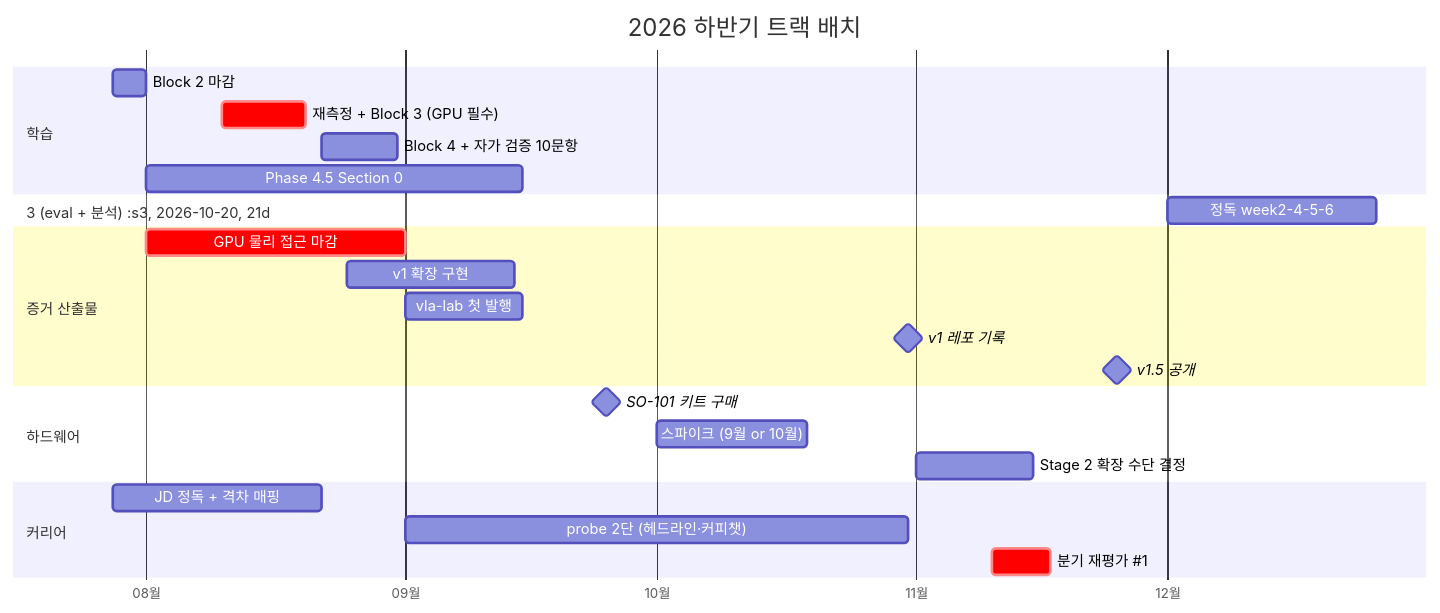
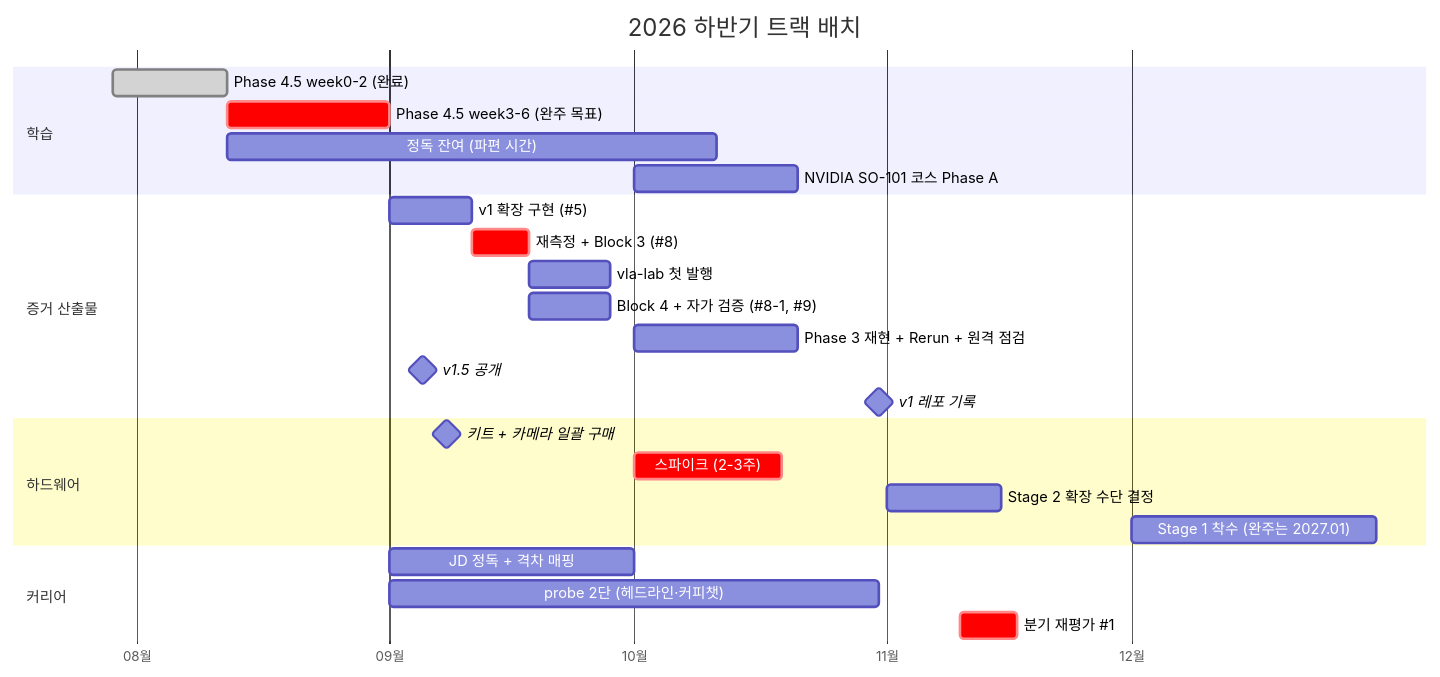
Before and after one commit to tylee-yeonge/physical-ai-study: the diagram in docs/superpowers/plans/2026-07-28-year-end-execution-guide.md, drawn with Mermaid. The commit also changed other lines of this file and 1 other file, not shown here.

````diff
--- a/docs/superpowers/plans/2026-07-28-year-end-execution-guide.md
+++ b/docs/superpowers/plans/2026-07-28-year-end-execution-guide.md
@@ -153,29 +122,28 @@
 ```mermaid
 gantt
     title 2026 하반기 트랙 배치
     dateFormat YYYY-MM-DD
     axisFormat %m월
     section 학습
-    Block 2 마감 :b2, 2026-07-28, 4d
-    재측정 + Block 3 (GPU 필수) :crit, b3, 2026-08-10, 10d
-    Block 4 + 자가 검증 10문항 :b4q, 2026-08-22, 9d
-    Phase 4.5 Section 0 :s0, 2026-08-01, 45d
-    Section 1 (sim 데이터) :s1, 2026-09-15, 14d
-    Section 2 (LoRA 학습) :s2, 2026-09-29, 21d
-    Section 3 (eval + 분석) :s3, 2026-10-20, 21d
-    정독 week2-4-5-6 :read, 2026-12-01, 25d
+    Phase 4.5 week0-2 (완료) :done, s01, 2026-07-29, 14d
+    Phase 4.5 week3-6 (완주 목표) :crit, s36, 2026-08-12, 20d
+    정독 잔여 (파편 시간) :read, 2026-08-12, 60d
+    NVIDIA SO-101 코스 Phase A :course, 2026-10-01, 20d
     section 증거 산출물
-    GPU 물리 접근 마감 :crit, gpu, 2026-08-01, 31d
-    v1 확장 구현 :v1x, 2026-08-25, 20d
-    vla-lab 첫 발행 :pub, 2026-09-01, 14d
+    v1 확장 구현 (#5) :v1x, 2026-09-01, 10d
+    재측정 + Block 3 (#8) :crit, b3, 2026-09-11, 7d
+    vla-lab 첫 발행 :pub, 2026-09-18, 10d
+    Block 4 + 자가 검증 (#8-1, #9) :b4q, 2026-09-18, 10d
+    Phase 3 재현 + Rerun + 원격 점검 :evid, 2026-10-01, 20d
+    v1.5 공개 :milestone, m15, 2026-09-05, 0d
     v1 레포 기록 :milestone, m1, 2026-10-31, 0d
-    v1.5 공개 :milestone, m15, 2026-11-25, 0d
     section 하드웨어
-    SO-101 키트 구매 :milestone, order, 2026-09-25, 0d
-    스파이크 (9월 or 10월) :spike, 2026-10-01, 18d
+    키트 + 카메라 일괄 구매 :milestone, order, 2026-09-08, 0d
+    스파이크 (2-3주) :crit, spike, 2026-10-01, 18d
     Stage 2 확장 수단 결정 :redesign, 2026-11-01, 14d
+    Stage 1 착수 (완주는 2027.01) :s1, 2026-12-01, 30d
     section 커리어
-    JD 정독 + 격차 매핑 :jd, 2026-07-28, 25d
+    JD 정독 + 격차 매핑 :jd, 2026-09-01, 30d
     probe 2단 (헤드라인·커피챗) :probe, 2026-09-01, 60d
     분기 재평가 #1 :crit, rev, 2026-11-10, 7d
 ```
````
